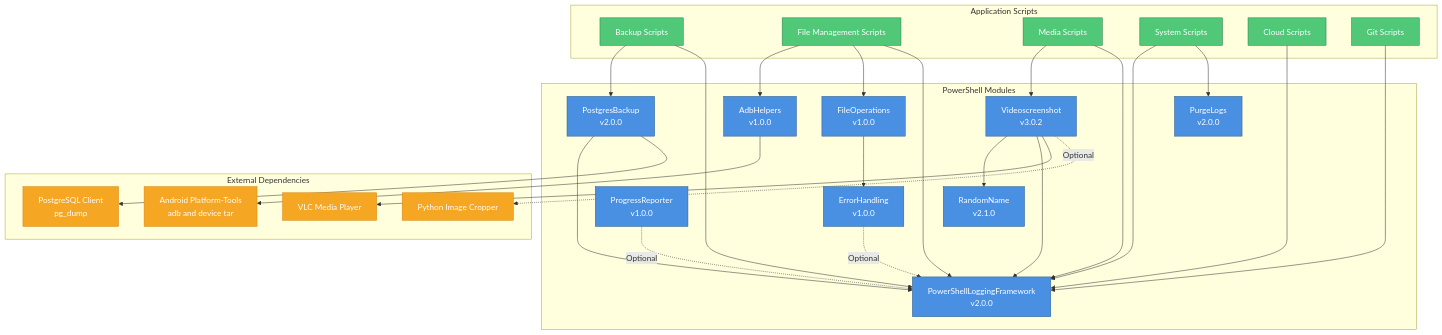
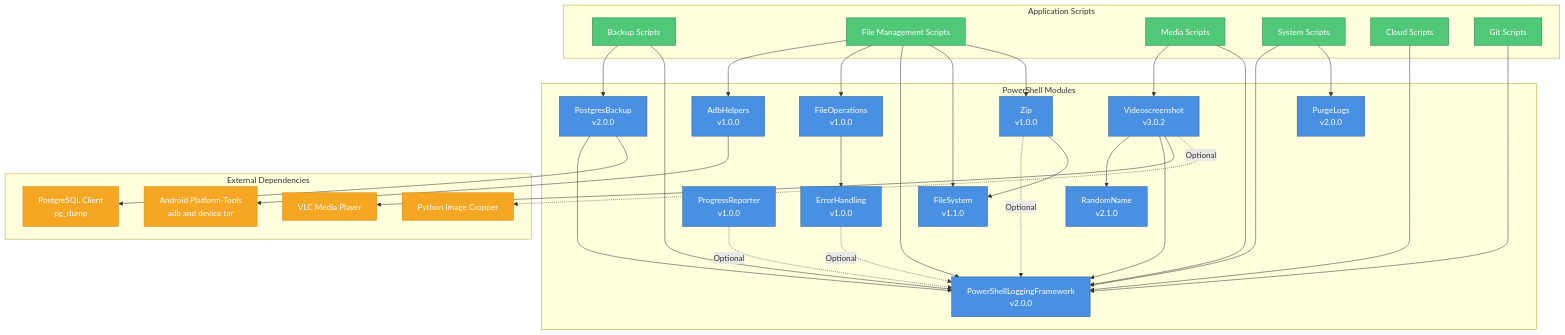
One commit to manoj-bhaskaran/My-Scripts changed the first of 2 diagrams in docs/architecture/module-dependencies.md. Above: the diagram before and after it, drawn with Mermaid. The commit also changed other lines of this file and 16 other files, not shown here.

First line of the commit message:
feat(modules): extract archive primitives into Core/Zip module (closes #976)

````diff
--- a/docs/architecture/module-dependencies.md
+++ b/docs/architecture/module-dependencies.md
@@ -17,66 +17,72 @@
 ```mermaid
 graph TD
     subgraph "Application Scripts"
         BACKUP[Backup Scripts]
         FILE[File Management Scripts]
         MEDIA[Media Scripts]
         SYSTEM[System Scripts]
         CLOUD[Cloud Scripts]
         GIT[Git Scripts]
     end
 
     subgraph "PowerShell Modules"
         LOG[PowerShellLoggingFramework<br/>v2.0.0]
         ADBH[AdbHelpers<br/>v1.0.0]
         ERR[ErrorHandling<br/>v1.0.0]
         FOPS[FileOperations<br/>v1.0.0]
+        FS[FileSystem<br/>v1.1.0]
         PGBAK[PostgresBackup<br/>v2.0.0]
         PROG[ProgressReporter<br/>v1.0.0]
         PURGE[PurgeLogs<br/>v2.0.0]
         RND[RandomName<br/>v2.1.0]
         VID[Videoscreenshot<br/>v3.0.2]
+        ZIP[Zip<br/>v1.0.0]
     end
 
     subgraph "External Dependencies"
         ADBCLI[Android Platform-Tools<br/>adb and device tar]
         PGCLIENT[PostgreSQL Client<br/>pg_dump]
         VLCPLAYER[VLC Media Player]
         PYCROP[Python Image Cropper]
     end
 
     %% Script to Module Dependencies
     BACKUP --> PGBAK
     BACKUP --> LOG
     FILE --> ADBH
     FILE --> FOPS
     FILE --> LOG
+    FILE --> FS
+    FILE --> ZIP
     MEDIA --> VID
     MEDIA --> LOG
     SYSTEM --> LOG
     SYSTEM --> PURGE
     CLOUD --> LOG
     GIT --> LOG
 
     %% Module to Module Dependencies
     FOPS --> ERR
     ERR -.Optional.-> LOG
     PGBAK --> LOG
     PROG -.Optional.-> LOG
     VID --> RND
     VID --> LOG
+    ZIP -.Optional.-> LOG
+    ZIP --> FS
 
     %% Module to External Dependencies
     PGBAK --> PGCLIENT
     ADBH --> ADBCLI
     VID --> VLCPLAYER
     VID -.Optional.-> PYCROP
 
     %% Styling
     classDef module fill:#4A90E2,stroke:#2E5C8A,color:#fff
     classDef script fill:#50C878,stroke:#2E7D4E,color:#fff
     classDef external fill:#F5A623,stroke:#D68910,color:#fff
 
-    class LOG,ADBH,ERR,FOPS,PGBAK,PROG,PURGE,RND,VID module
+    class LOG,ADBH,ERR,FOPS,FS,PGBAK,PROG,PURGE,RND,VID,ZIP module
     class BACKUP,FILE,MEDIA,SYSTEM,CLOUD,GIT script
     class ADBCLI,PGCLIENT,VLCPLAYER,PYCROP external
 ```
````
